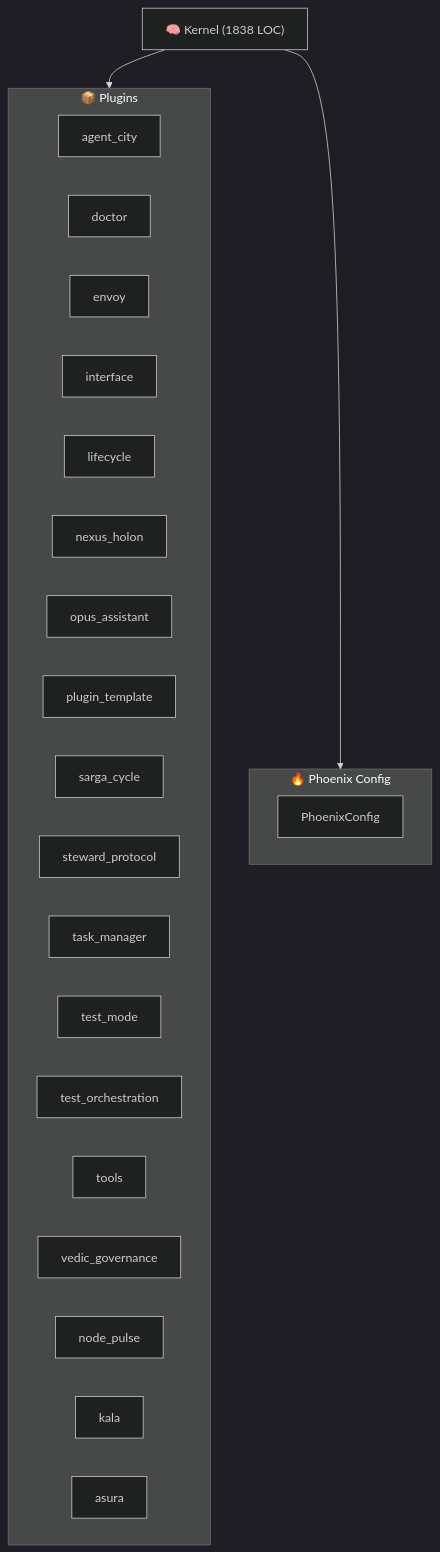
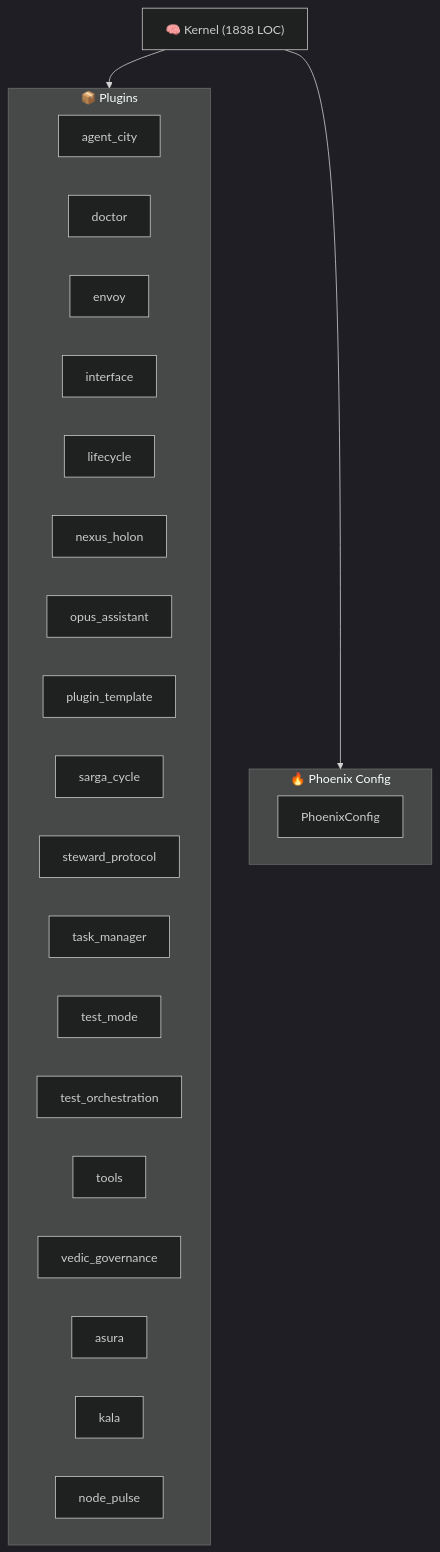
The diagram in ARCHITECTURE.md (kimeisele/steward-protocol), drawn with Mermaid (dark theme) before and after one commit. The commit also changed other lines of this file and 5 other files, not shown here.

````diff
--- a/ARCHITECTURE.md
+++ b/ARCHITECTURE.md
@@ -8,29 +8,29 @@
 ```mermaid
 graph TB
     K["🧠 Kernel (1838 LOC)"]
     subgraph Plugins["📦 Plugins"]
         P_agent_city["agent_city"]
         P_doctor["doctor"]
         P_envoy["envoy"]
         P_interface["interface"]
         P_lifecycle["lifecycle"]
         P_nexus_holon["nexus_holon"]
         P_opus_assistant["opus_assistant"]
         P_plugin_template["plugin_template"]
         P_sarga_cycle["sarga_cycle"]
         P_steward_protocol["steward_protocol"]
         P_task_manager["task_manager"]
         P_test_mode["test_mode"]
         P_test_orchestration["test_orchestration"]
         P_tools["tools"]
         P_vedic_governance["vedic_governance"]
+        P_asura["asura"]
+        P_kala["kala"]
         P_node_pulse["node_pulse"]
-        P_kala["kala"]
-        P_asura["asura"]
     end
     K --> Plugins
     subgraph Config["🔥 Phoenix Config"]
         PC[PhoenixConfig]
     end
     K --> Config
 ```
````
